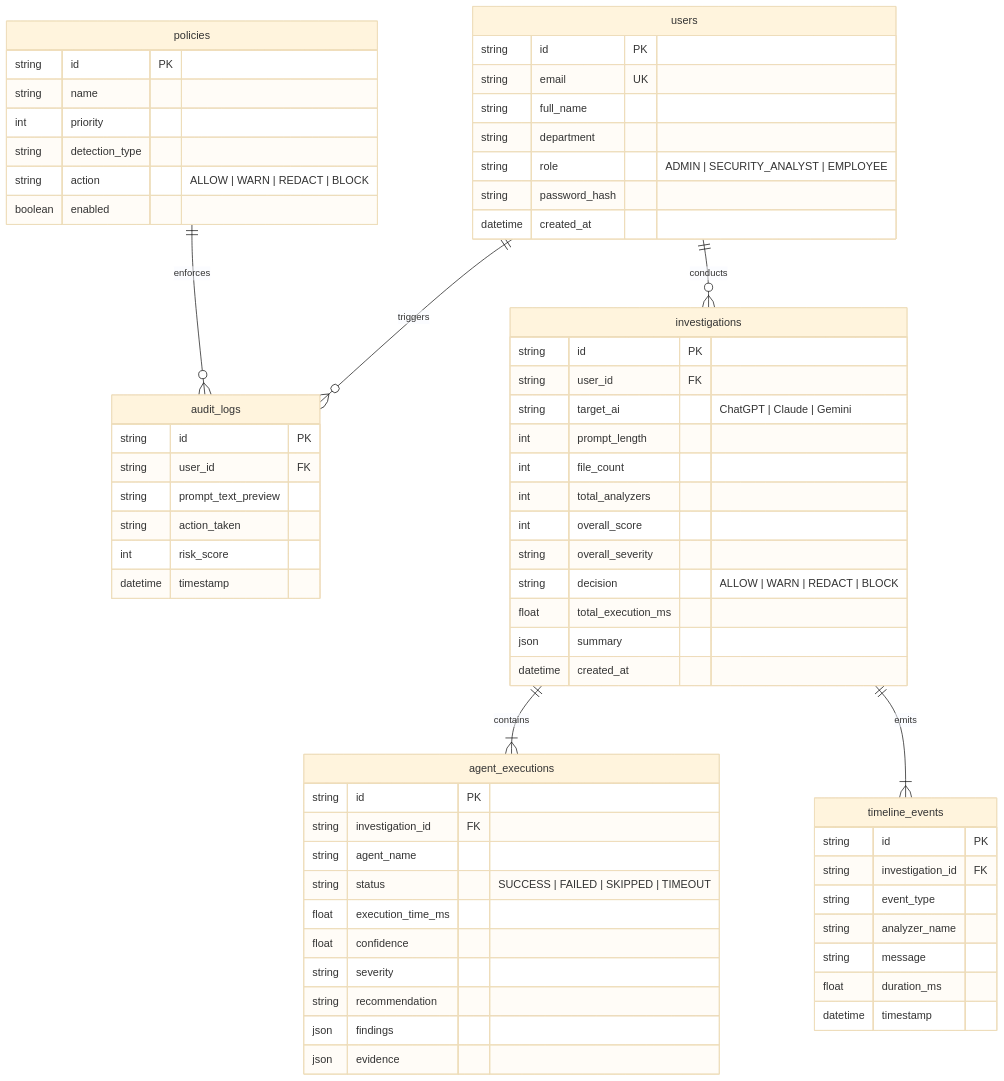
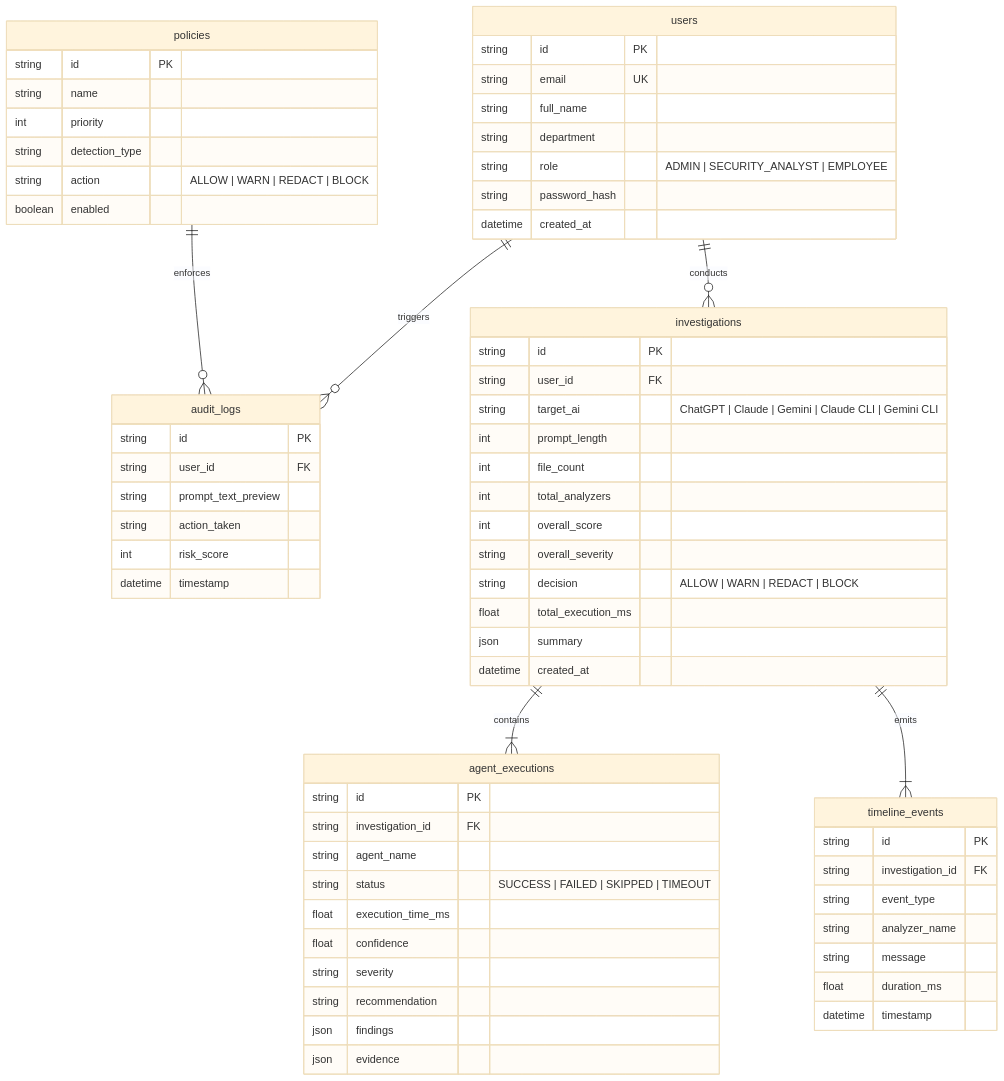
The first of 2 diagrams in submissions/velocity/security_model.md (ruthviksharma-d/mutagent-hackathon), drawn with Mermaid (base theme) before and after one commit. The commit also changed other lines of this file and 29 other files, not shown here.

````diff
--- a/submissions/velocity/security_model.md
+++ b/submissions/velocity/security_model.md
@@ -9,74 +9,74 @@
 ```mermaid
 erDiagram
     users ||--o{ audit_logs : "triggers"
     users ||--o{ investigations : "conducts"
     investigations ||--|{ agent_executions : "contains"
     investigations ||--|{ timeline_events : "emits"
     policies ||--o{ audit_logs : "enforces"
 
     users {
         string id PK
         string email UK
         string full_name
         string department
         string role "ADMIN | SECURITY_ANALYST | EMPLOYEE"
         string password_hash
         datetime created_at
     }
 
     investigations {
         string id PK
         string user_id FK
-        string target_ai "ChatGPT | Claude | Gemini"
+        string target_ai "ChatGPT | Claude | Gemini | Claude CLI | Gemini CLI"
         int prompt_length
         int file_count
         int total_analyzers
         int overall_score
         string overall_severity
         string decision "ALLOW | WARN | REDACT | BLOCK"
         float total_execution_ms
         json summary
         datetime created_at
     }
 
     agent_executions {
         string id PK
         string investigation_id FK
         string agent_name
         string status "SUCCESS | FAILED | SKIPPED | TIMEOUT"
         float execution_time_ms
         float confidence
         string severity
         string recommendation
         json findings
         json evidence
     }
 
     timeline_events {
         string id PK
         string investigation_id FK
         string event_type
         string analyzer_name
         string message
         float duration_ms
         datetime timestamp
     }
 
     policies {
         string id PK
         string name
         int priority
         string detection_type
         string action "ALLOW | WARN | REDACT | BLOCK"
         boolean enabled
     }
 
     audit_logs {
         string id PK
         string user_id FK
         string prompt_text_preview
         string action_taken
         int risk_score
         datetime timestamp
     }
 ```
````
